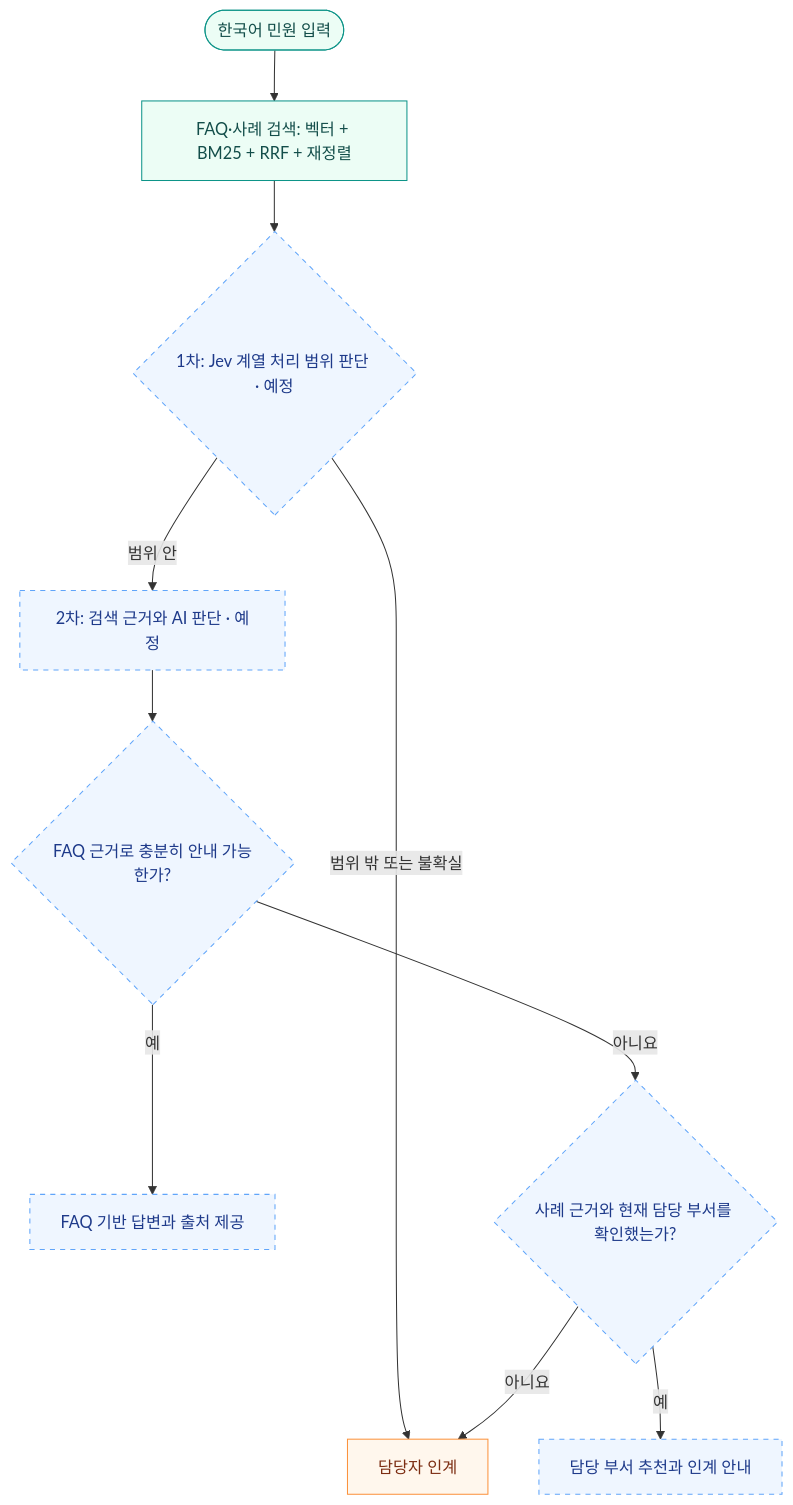
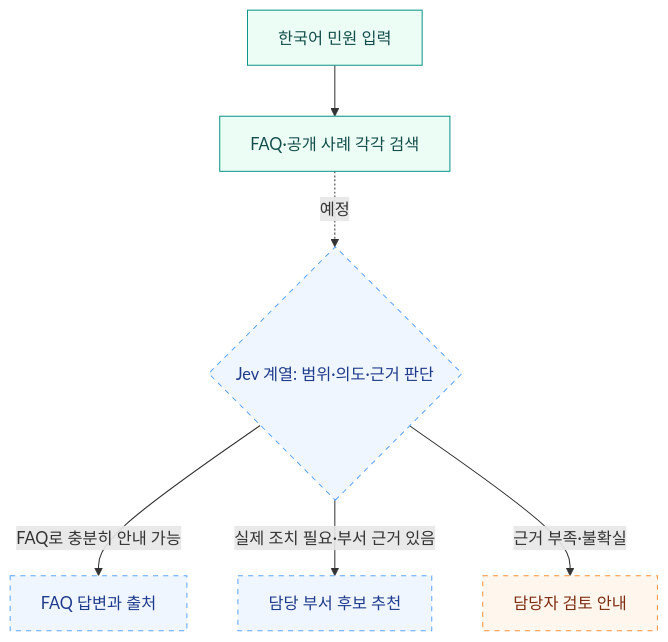
One commit to hy040504/ai-complaint-process changed the diagram in README.md. Above: the diagram before and after it, drawn with Mermaid. The commit also changed other lines of this file and 9 other files, not shown here.

````diff
--- a/README.md
+++ b/README.md
@@ -119,18 +67,14 @@
 ```mermaid
 flowchart TD
-    A([한국어 민원 입력]) --> K[FAQ·사례 검색: 벡터 + BM25 + RRF + 재정렬]
-    K --> B{1차: Jev 계열 처리 범위 판단 · 예정}
-    B -->|범위 밖 또는 불확실| H[담당자 인계]
-    B -->|범위 안| C[2차: 검색 근거와 AI 판단 · 예정]
-    C --> D{FAQ 근거로 충분히 안내 가능한가?}
-    D -->|예| E[FAQ 기반 답변과 출처 제공]
-    D -->|아니요| F{사례 근거와 현재 담당 부서를 확인했는가?}
-    F -->|예| G[담당 부서 추천과 인계 안내]
-    F -->|아니요| H
+    A[한국어 민원 입력] --> R[FAQ·공개 사례 각각 검색]
+    R -. 예정 .-> G{Jev 계열: 범위·의도·근거 판단}
+    G -->|FAQ로 충분히 안내 가능| F[FAQ 답변과 출처]
+    G -->|실제 조치 필요·부서 근거 있음| D[담당 부서 후보 추천]
+    G -->|근거 부족·불확실| H[담당자 검토 안내]
     classDef ready fill:#ecfdf5,stroke:#0d9488,color:#134e4a
     classDef planned fill:#eff6ff,stroke:#60a5fa,color:#1e3a8a,stroke-dasharray:5 5
-    classDef human fill:#fff7ed,stroke:#fb923c,color:#7c2d12
-    class A,K ready
-    class B,C,D,E,F,G planned
+    classDef human fill:#fff7ed,stroke:#fb923c,color:#7c2d12,stroke-dasharray:5 5
+    class A,R ready
+    class G,F,D planned
     class H human
 ```
````
